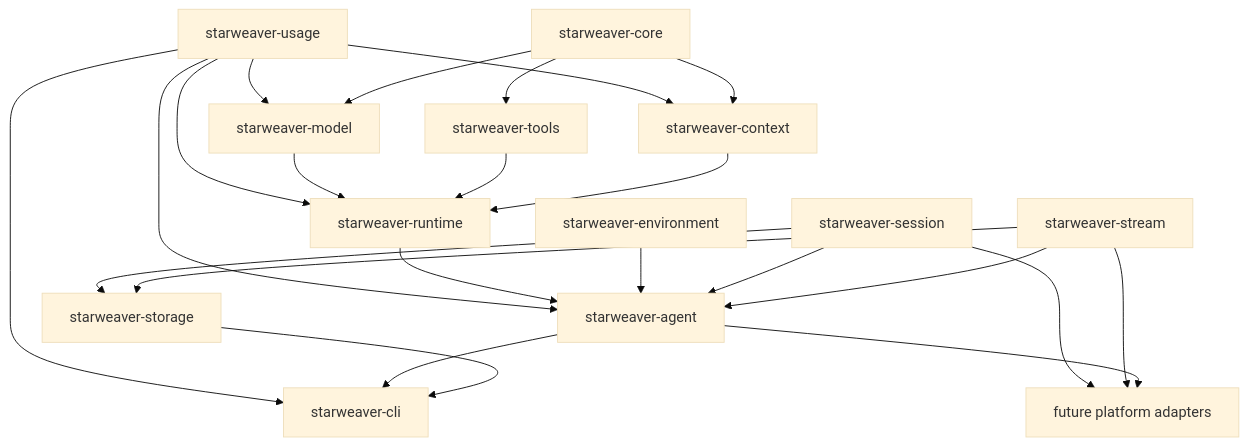
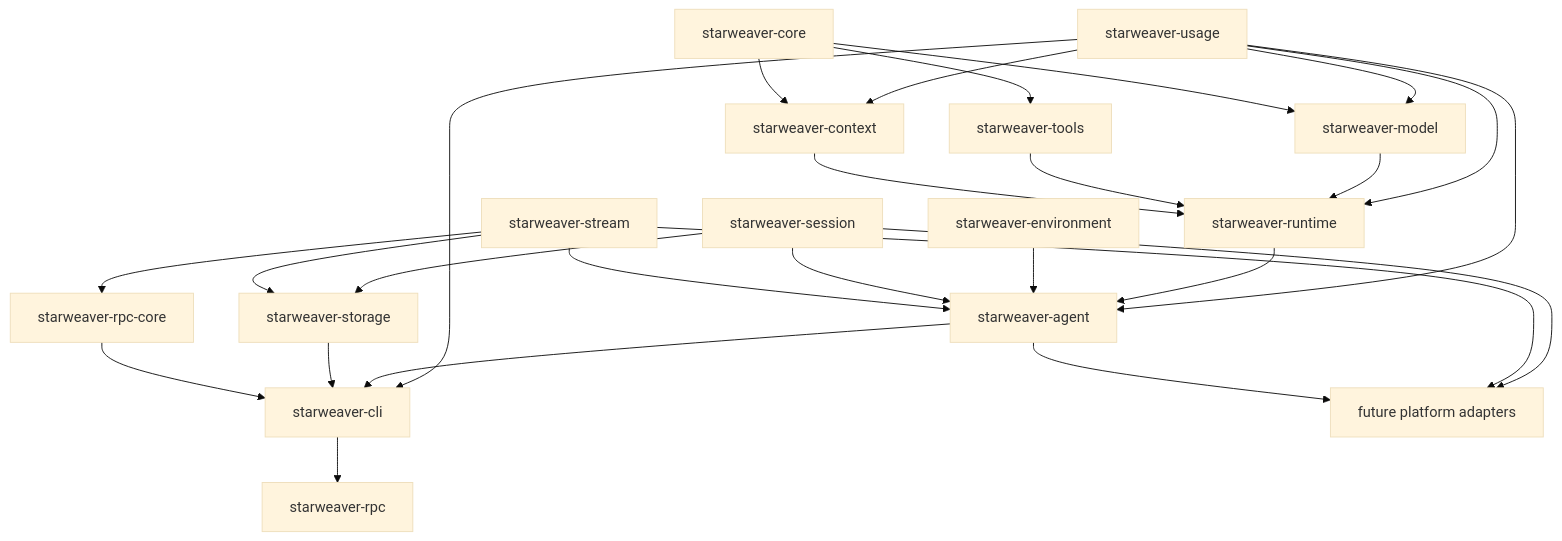
Before and after one commit to Wh1isper/starweaver: the diagram in spec/README.md, drawn with Mermaid (base theme). The commit also changed other lines of this file and 40 other files, not shown here.

First line of the commit message:
feat(cli): add JSON-RPC host support (#2)

````diff
--- a/spec/README.md
+++ b/spec/README.md
@@ -52,39 +53,44 @@
 ```mermaid
 flowchart TD
     core[starweaver-core]
     usage[starweaver-usage]
     model[starweaver-model]
     tools[starweaver-tools]
     context[starweaver-context]
     runtime[starweaver-runtime]
     agent[starweaver-agent]
     env[starweaver-environment]
     session[starweaver-session]
     stream[starweaver-stream]
     storage[starweaver-storage]
     cli[starweaver-cli]
+    rpc_core[starweaver-rpc-core]
+    rpc[starweaver-rpc]
     platform[future platform adapters]
 
     usage --> model
     usage --> context
     usage --> runtime
     usage --> agent
     usage --> cli
     core --> model
     core --> tools
     core --> context
     model --> runtime
     tools --> runtime
     context --> runtime
     runtime --> agent
     env --> agent
     session --> agent
     stream --> agent
     session --> storage
     stream --> storage
     agent --> cli
     storage --> cli
+    stream --> rpc_core
+    rpc_core --> cli
+    cli --> rpc
     session --> platform
     stream --> platform
     agent --> platform
 ```
````
